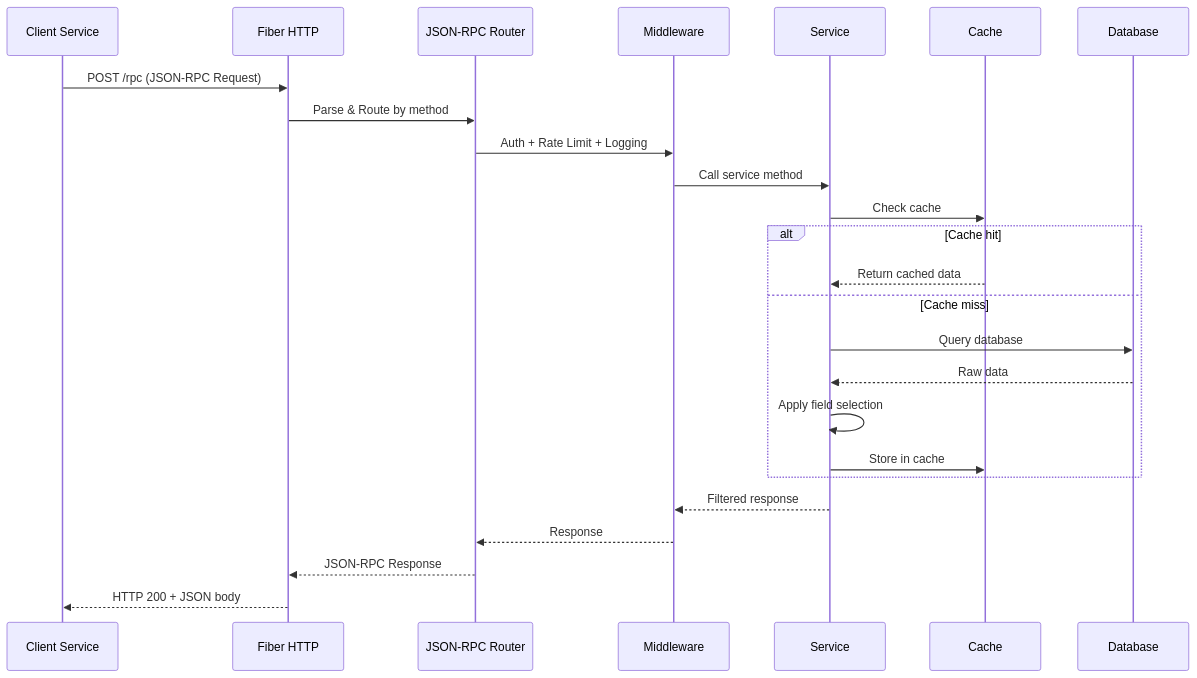
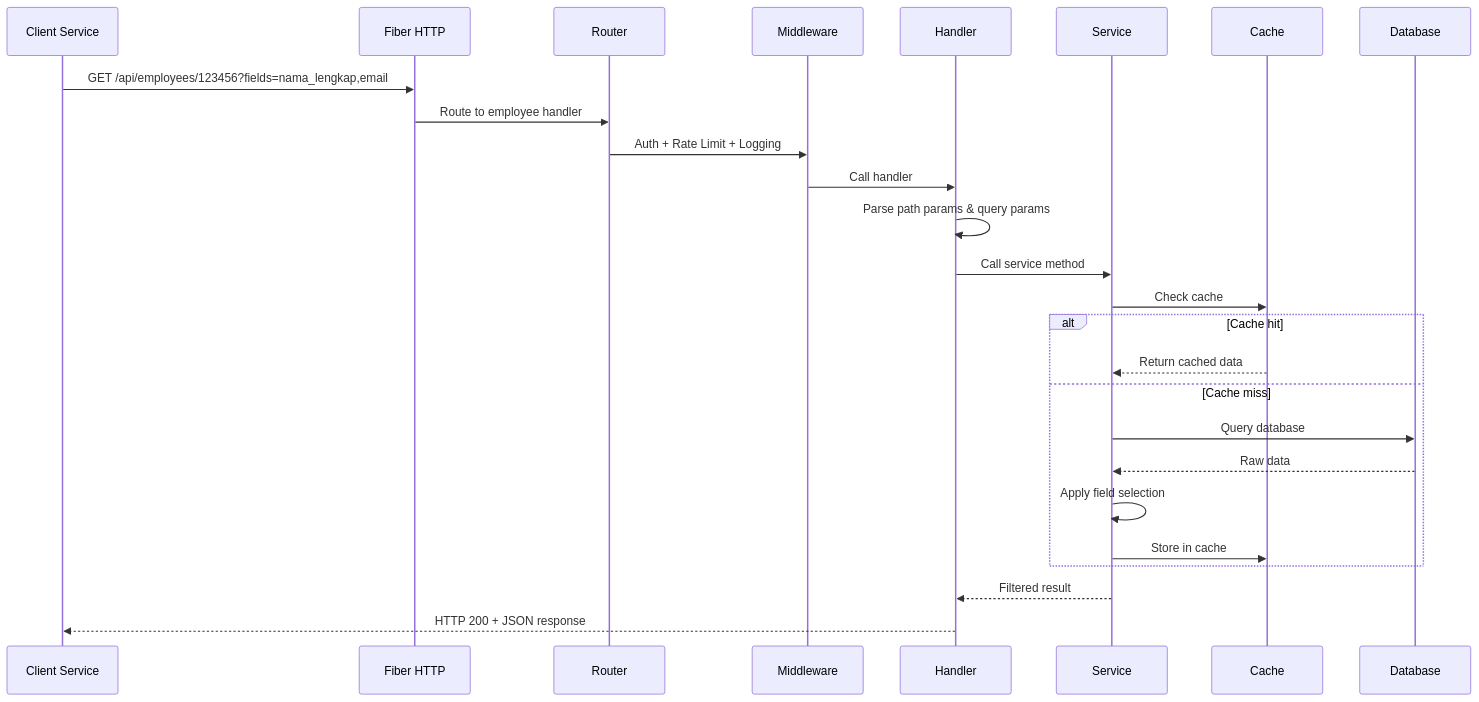
One commit to ikhwanizh/psychic-chainsaw changed the second of 3 diagrams in docs/architecture.md. Above: the diagram before and after it, drawn with Mermaid. The commit also changed other lines of this file and 3 other files, not shown here.

Commit message:
docs: Update API documentation and architecture to reflect the migration from JSON-RPC to REST, detailing endpoint structure, field selection, and response formats.

````diff
--- a/docs/architecture.md
+++ b/docs/architecture.md
@@ -224,28 +247,29 @@
 ```mermaid
 sequenceDiagram
     participant C as Client Service
     participant F as Fiber HTTP
-    participant R as JSON-RPC Router
+    participant R as Router
     participant M as Middleware
+    participant H as Handler
     participant S as Service
     participant CA as Cache
     participant DB as Database
 
-    C->>F: POST /rpc (JSON-RPC Request)
-    F->>R: Parse & Route by method
+    C->>F: GET /api/employees/123456?fields=nama_lengkap,email
+    F->>R: Route to employee handler
     R->>M: Auth + Rate Limit + Logging
-    M->>S: Call service method
+    M->>H: Call handler
+    H->>H: Parse path params & query params
+    H->>S: Call service method
     S->>CA: Check cache
     alt Cache hit
         CA-->>S: Return cached data
     else Cache miss
         S->>DB: Query database
         DB-->>S: Raw data
         S->>S: Apply field selection
         S->>CA: Store in cache
     end
-    S-->>M: Filtered response
-    M-->>R: Response
-    R-->>F: JSON-RPC Response
-    F-->>C: HTTP 200 + JSON body
+    S-->>H: Filtered result
+    H-->>C: HTTP 200 + JSON response
 ```
````
